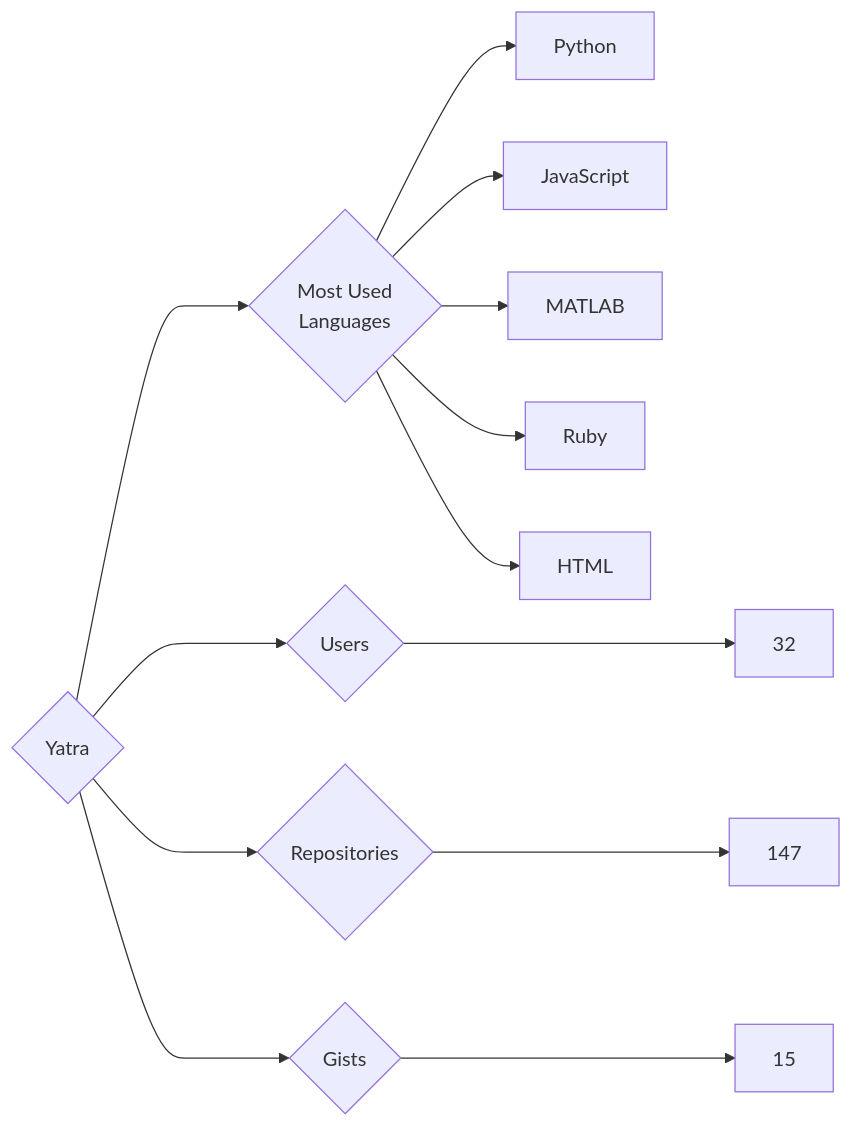
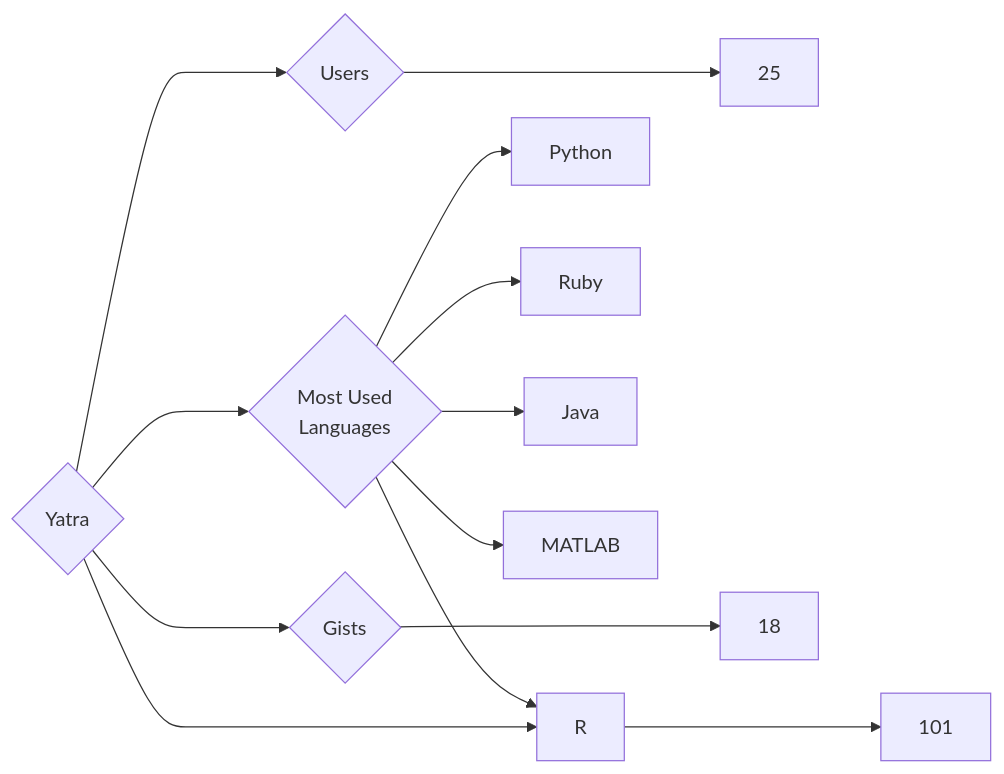
One commit to trickest/insiders changed the diagram in targets/Yatra/README.md. Above: the diagram before and after it, drawn with Mermaid. The commit also changed 1011 other files, not shown here.

````diff
--- a/targets/Yatra/README.md
+++ b/targets/Yatra/README.md
@@ -3,13 +3,13 @@
 ```mermaid
 graph LR
 COMPANY_NAME{Yatra}
-COMPANY_NAME ---> U{Users} ---> UN[32]
-COMPANY_NAME ---> R{Repositories} ---> RN[147]
-COMPANY_NAME ---> G{Gists} ---> GN[15]
+COMPANY_NAME ---> U{Users} ---> UN[25]
+COMPANY_NAME ---> R{Repositories} ---> RN[101]
+COMPANY_NAME ---> G{Gists} ---> GN[18]
 COMPANY_NAME ---> ML{Most Used<br>Languages}
 ML --> Python[Python]
-ML --> JavaScript[JavaScript]
+ML --> Ruby[Ruby]
+ML --> Java[Java]
+ML --> R[R]
 ML --> MATLAB[MATLAB]
-ML --> Ruby[Ruby]
-ML --> HTML[HTML]
 ```
````
